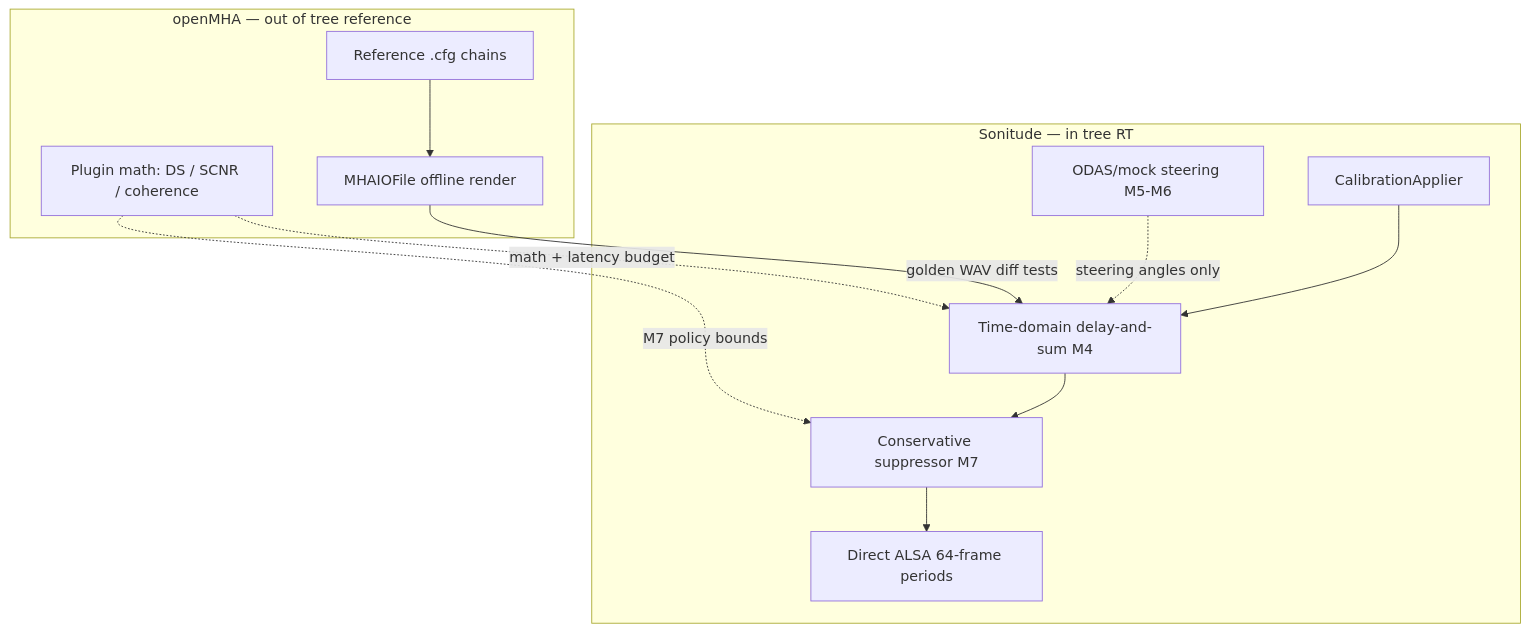
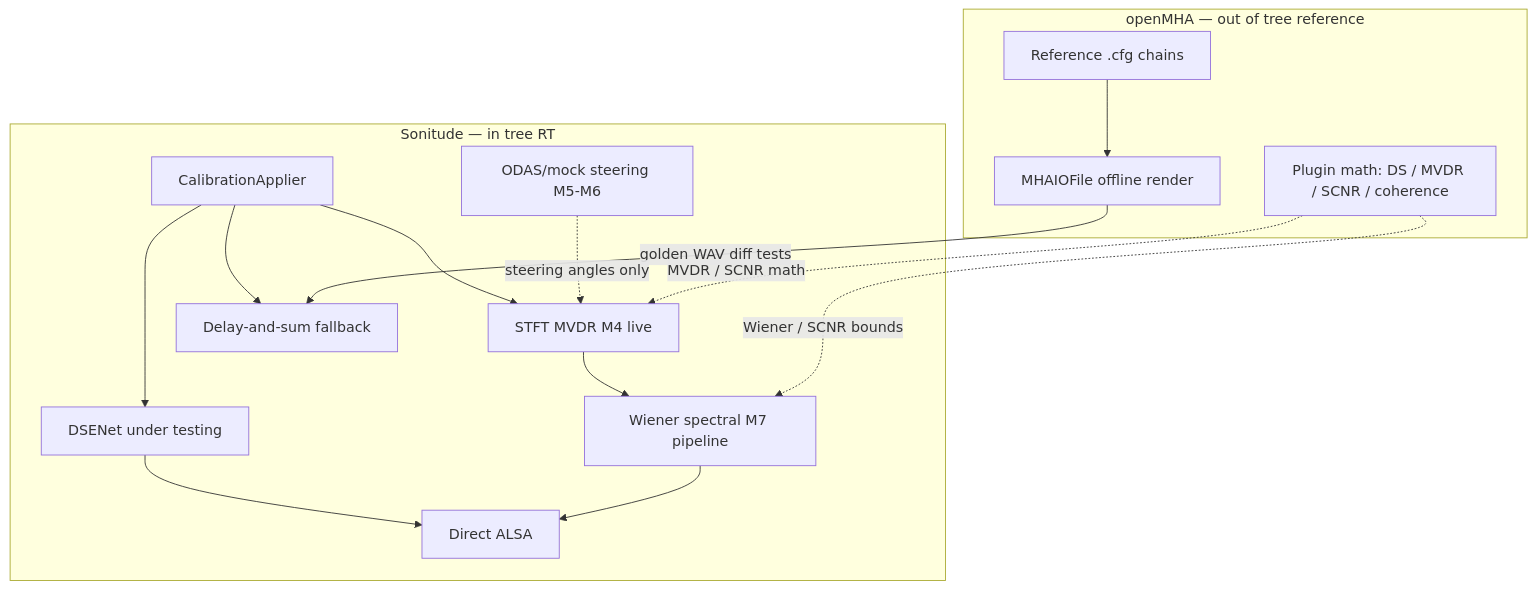
The second of 2 diagrams in docs/architecture.md (derraan/Sonitude), drawn with Mermaid before and after one commit. The commit also changed other lines of this file and 6 other files, not shown here.

First line of the commit message:
docs: record neural testing, Wiener pipeline, and implemented threading

````diff
--- a/docs/architecture.md
+++ b/docs/architecture.md
@@ -367,23 +376,27 @@
 ```mermaid
 flowchart TB
     subgraph openmha_offtree [openMHA — out of tree reference]
         CFG[Reference .cfg chains]
         WAV[MHAIOFile offline render]
-        PLUG[Plugin math: DS / SCNR / coherence]
+        PLUG[Plugin math: DS / MVDR / SCNR / coherence]
     end
 
     subgraph sonitude [Sonitude — in tree RT]
-        ALSA[Direct ALSA 64-frame periods]
+        ALSA[Direct ALSA]
         CAL[CalibrationApplier]
-        DS[Time-domain delay-and-sum M4]
-        SUP[Conservative suppressor M7]
+        MVDRN[STFT MVDR M4 live]
+        DS[Delay-and-sum fallback]
+        WIEN[Wiener spectral M7 pipeline]
+        DSE[DSENet under testing]
         CTRL[ODAS/mock steering M5-M6]
     end
 
-    PLUG -.->|"math + latency budget"| DS
-    PLUG -.->|"M7 policy bounds"| SUP
+    PLUG -.->|"MVDR / SCNR math"| MVDRN
+    PLUG -.->|"Wiener / SCNR bounds"| WIEN
     CFG --> WAV
     WAV -->|"golden WAV diff tests"| DS
-    CTRL -.->|"steering angles only"| DS
-    CAL --> DS --> SUP --> ALSA
+    CTRL -.->|"steering angles only"| MVDRN
+    CAL --> MVDRN --> WIEN --> ALSA
+    CAL --> DS
+    CAL --> DSE --> ALSA
 ```
````
